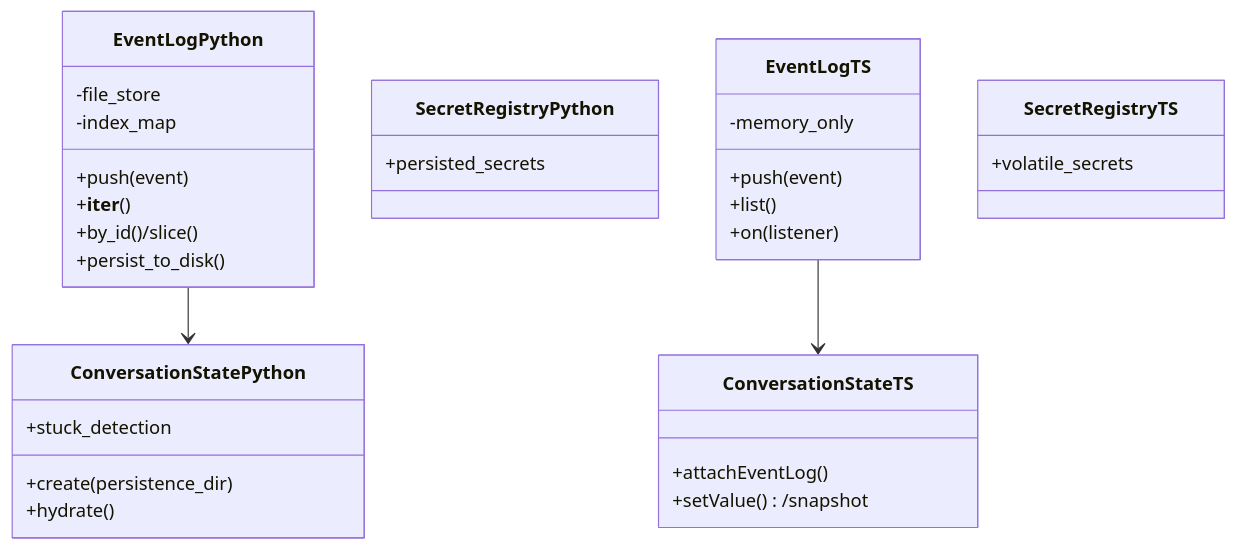
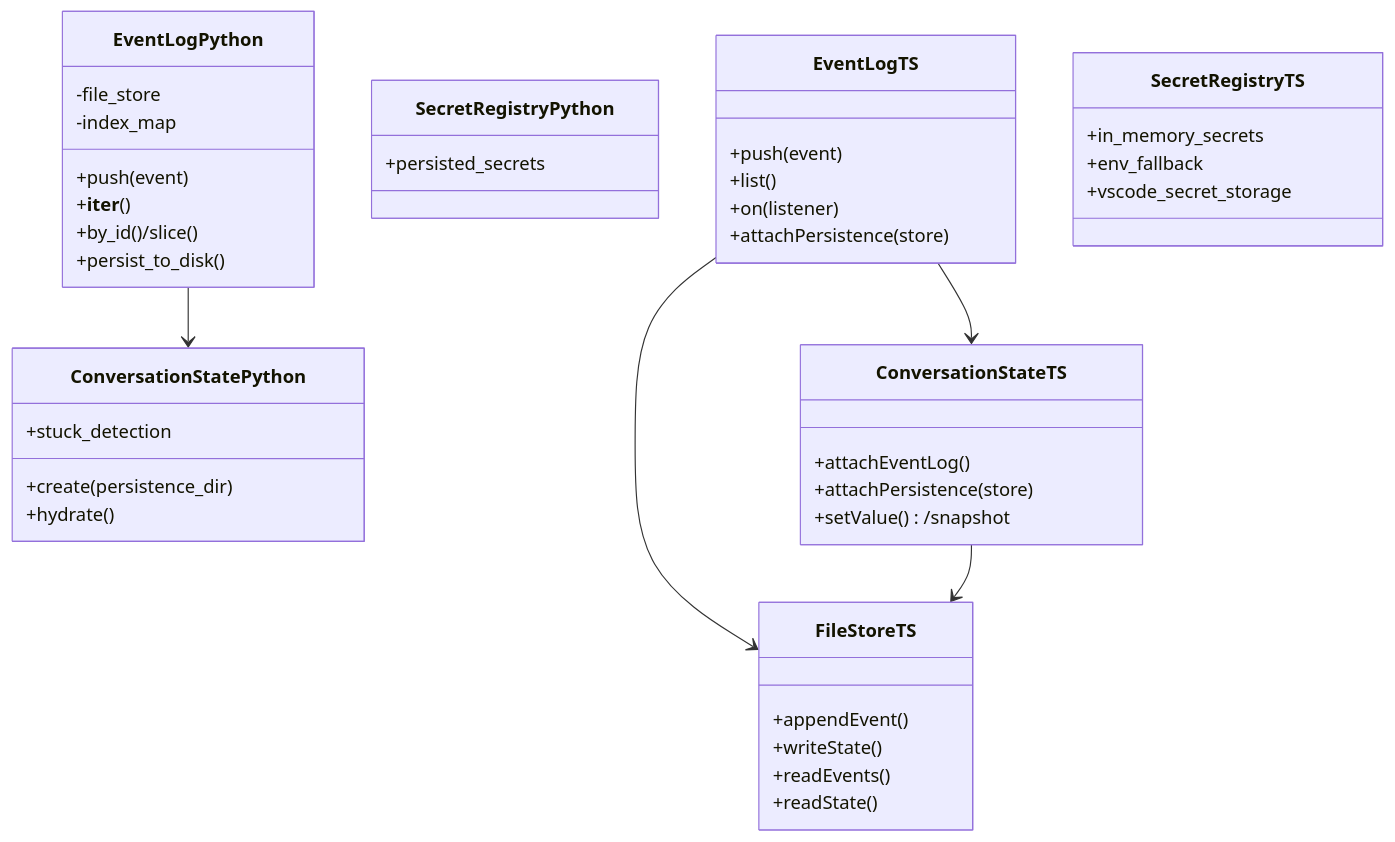
Before and after one commit to enyst/OpenHands-Tab: the fifth of 5 diagrams in packages/agent-sdk-ts/docs/python-parity.md, drawn with Mermaid. The commit also changed other lines of this file, not shown here.

````diff
--- a/packages/agent-sdk-ts/docs/python-parity.md
+++ b/packages/agent-sdk-ts/docs/python-parity.md
@@ -484,34 +541,45 @@
 ```mermaid
 classDiagram
     class EventLogPython {
       +push(event)
       +__iter__()
       +by_id()/slice()
       +persist_to_disk()
       -file_store
       -index_map
     }
     class ConversationStatePython {
       +create(persistence_dir)
       +hydrate()
       +stuck_detection
     }
     class SecretRegistryPython {
       +persisted_secrets
     }
     class EventLogTS {
       +push(event)
       +list()
       +on(listener)
-      -memory_only
+      +attachPersistence(store)
     }
     class ConversationStateTS {
       +attachEventLog()
+      +attachPersistence(store)
       +setValue()/snapshot
     }
+    class FileStoreTS {
+      +appendEvent()
+      +writeState()
+      +readEvents()
+      +readState()
+    }
     class SecretRegistryTS {
-      +volatile_secrets
+      +in_memory_secrets
+      +env_fallback
+      +vscode_secret_storage
     }
     EventLogPython --> ConversationStatePython
     EventLogTS --> ConversationStateTS
+    EventLogTS --> FileStoreTS
+    ConversationStateTS --> FileStoreTS
 ```
````
